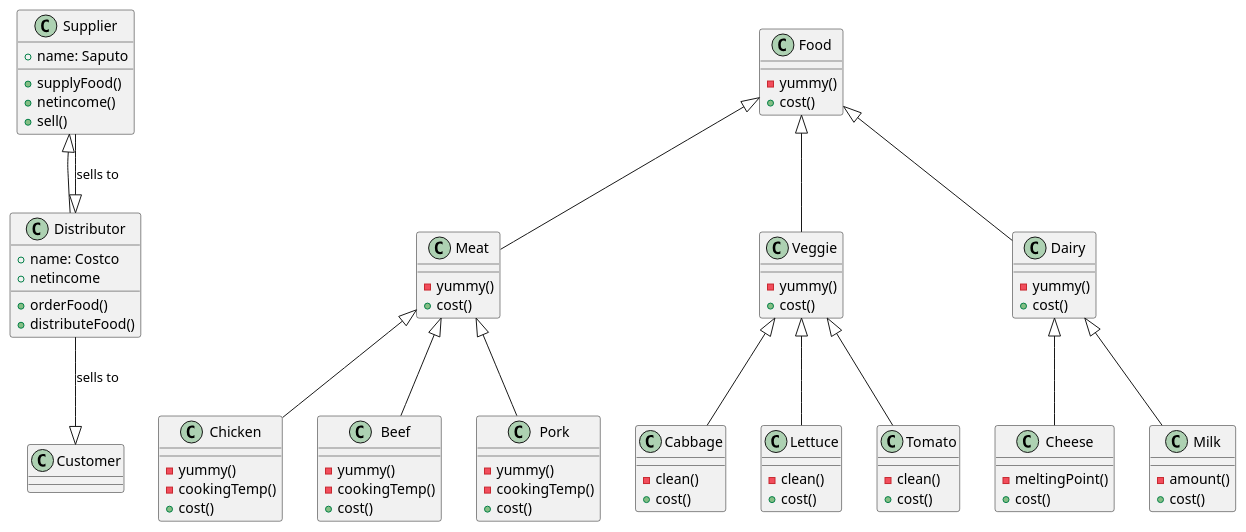
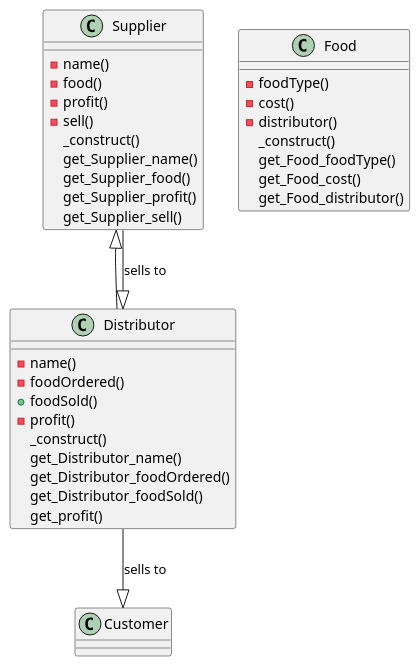
Before and after one commit to CHICKENGUD/block3-adv-web: the diagram in project-1/food.puml, drawn with PlantUML.

```diff
--- a/project-1/food.puml
+++ b/project-1/food.puml
@@ -1,83 +1,42 @@
 @startuml
+
 class Supplier {
-  + name: Saputo
-  + supplyFood() 
-  + netincome()
-  + sell()
+  - name()
+  - food() 
+  - profit()
+  - sell()
+  _construct()
+  get_Supplier_name()
+  get_Supplier_food()
+  get_Supplier_profit()
+  get_Supplier_sell()
 }
 
 class Distributor extends Supplier {
-  + name: Costco
-  + orderFood()
-  + distributeFood()
-  + netincome
+  - name()
+  - foodOrdered()
+  + foodSold()
+  - profit()
+  _construct()
+  get_Distributor_name()
+  get_Distributor_foodOrdered()
+  get_Distributor_foodSold()
+  get_profit()
 }
 
 class Food {
-  - yummy()
-  + cost()
+  - foodType()
+  - cost()
+  - distributor()
+  _construct()
+  get_Food_foodType()
+  get_Food_cost()
+  get_Food_distributor()
 }
 
-class Meat extends Food {
-  - yummy() 
-  + cost()
-}
-
-class Chicken extends Meat {
-  -yummy()
-  -cookingTemp()
-  + cost()
-}
-
-class Beef extends Meat {
-  -yummy()
-  -cookingTemp()
-  + cost()
-}
-
-class Pork extends Meat {
-  -yummy()
-  -cookingTemp()
-  + cost()
-}
-
-class Veggie extends Food {
-  - yummy()
-  + cost()
-}
-
-class Cabbage extends Veggie {
-  - clean()
-  + cost()
-}
-
-class Lettuce extends Veggie {
-  -clean()
-  + cost()
-}
-
-class Tomato extends Veggie {
-  -clean()
-  + cost()
-}
-
-class Dairy extends Food{
-  - yummy()
-  + cost()
-}
-
-class Cheese extends Dairy{
-  -meltingPoint()
-  + cost()
-}
-
-class Milk extends Dairy{
-  -amount()
-  + cost()
-}
 
 
 
 Supplier --|> Distributor : sells to
 Distributor --|> Customer : sells to
 @enduml
```
